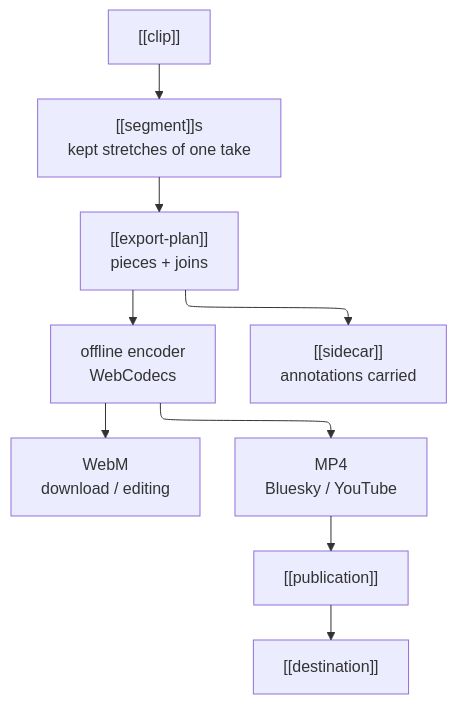
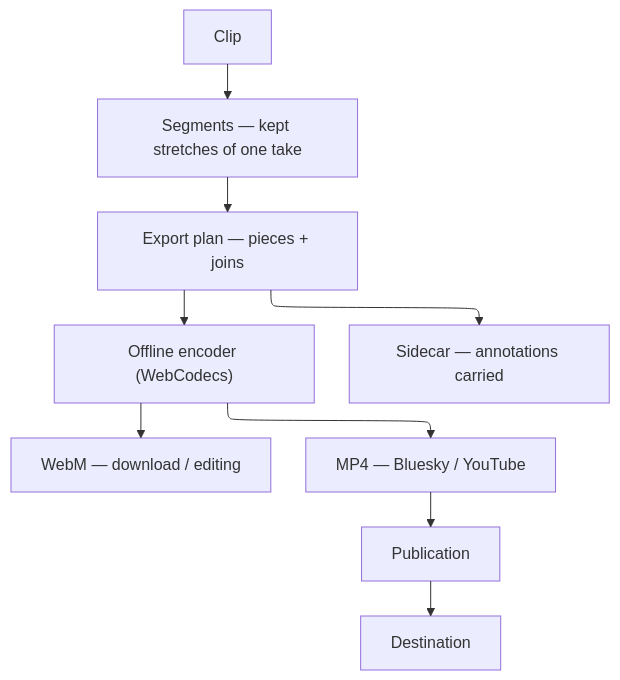
Before and after one commit to acs/democlip: the fourth of 6 diagrams in docs/ontology/solution-domain.md, drawn with Mermaid. The commit also changed other lines of this file and 2 other files, not shown here.

First line of the commit message:
docs: drop the literal [[id]] markup from the diagram labels

````diff
--- a/docs/ontology/solution-domain.md
+++ b/docs/ontology/solution-domain.md
@@ -209,12 +209,12 @@
 ```mermaid
 %%{init: {"layout": "elk"}}%%
 flowchart TB
-    clip["[[clip]]"] --> seg["[[segment]]s<br/>kept stretches of one take"]
-    seg --> plan["[[export-plan]]<br/>pieces + joins"]
-    plan --> enc["offline encoder<br/>WebCodecs"]
-    enc --> webm["WebM<br/>download / editing"]
-    enc --> mp4["MP4<br/>Bluesky / YouTube"]
-    plan --> sidecar["[[sidecar]]<br/>annotations carried"]
-    mp4 --> pub["[[publication]]"]
-    pub --> dest["[[destination]]"]
+    clip["Clip"] --> seg["Segments — kept stretches of one take"]
+    seg --> plan["Export plan — pieces + joins"]
+    plan --> enc["Offline encoder (WebCodecs)"]
+    plan --> sidecar["Sidecar — annotations carried"]
+    enc --> webm["WebM — download / editing"]
+    enc --> mp4["MP4 — Bluesky / YouTube"]
+    mp4 --> pub["Publication"]
+    pub --> dest["Destination"]
 ```
````
